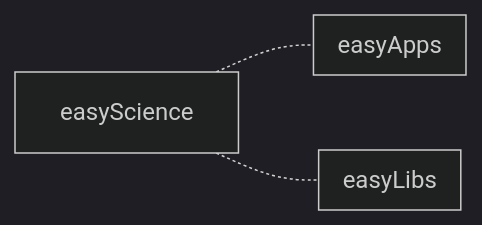
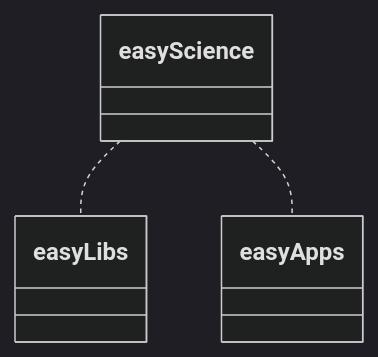
The first of 4 diagrams in easyScience.md (easyScience/easyScience), drawn with Mermaid (dark theme) before and after one commit. The commit also changed other lines of this file, not shown here.

````diff
--- a/easyScience.md
+++ b/easyScience.md
@@ -14,11 +14,6 @@
 ```mermaid
-graph LR
+classDiagram
 
-easyScience -.- easyApps
-easyScience -.- easyLibs 
-
-subgraph easyLibs
-end
-subgraph easyApps
-end
+easyScience .. easyLibs
+easyScience .. easyApps
 ```
````
